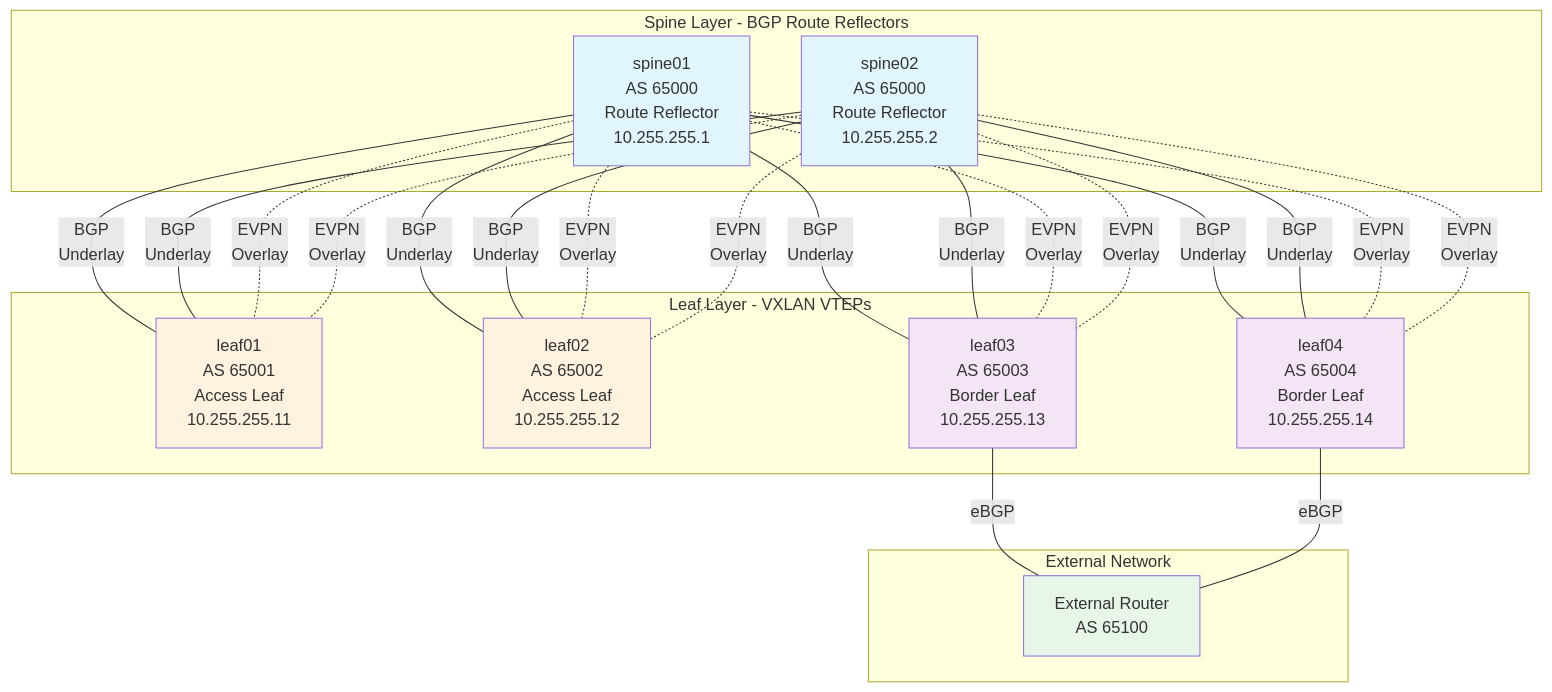
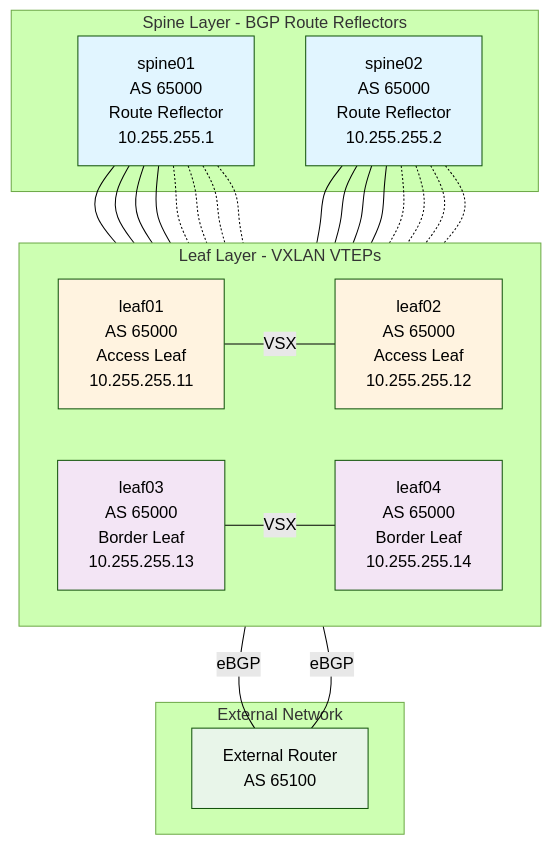
One commit to aopdal/ansible-role-aruba-cx-switch changed the diagram in examples/bgp-evpn-fabric/README.md. Above: the diagram before and after it, drawn with Mermaid. The commit also changed other lines of this file and 16 other files, not shown here.

````diff
--- a/examples/bgp-evpn-fabric/README.md
+++ b/examples/bgp-evpn-fabric/README.md
@@ -16,52 +17,56 @@
 ```mermaid
+%%{init:{'theme':'forest'}}%%
 graph TB
-    subgraph "Spine Layer - BGP Route Reflectors"
+    subgraph spines ["Spine Layer - BGP Route Reflectors"]
         spine01["spine01<br/>AS 65000<br/>Route Reflector<br/>10.255.255.1"]
         spine02["spine02<br/>AS 65000<br/>Route Reflector<br/>10.255.255.2"]
     end
 
-    subgraph "Leaf Layer - VXLAN VTEPs"
-        leaf01["leaf01<br/>AS 65001<br/>Access Leaf<br/>10.255.255.11"]
-        leaf02["leaf02<br/>AS 65002<br/>Access Leaf<br/>10.255.255.12"]
-        leaf03["leaf03<br/>AS 65003<br/>Border Leaf<br/>10.255.255.13"]
-        leaf04["leaf04<br/>AS 65004<br/>Border Leaf<br/>10.255.255.14"]
+    subgraph leaflayer ["Leaf Layer - VXLAN VTEPs"]
+        direction LR
+        leaf01["leaf01<br/>AS 65000<br/>Access Leaf<br/>10.255.255.11"]
+        leaf02["leaf02<br/>AS 65000<br/>Access Leaf<br/>10.255.255.12"]
+        leaf03["leaf03<br/>AS 65000<br/>Border Leaf<br/>10.255.255.13"]
+        leaf04["leaf04<br/>AS 65000<br/>Border Leaf<br/>10.255.255.14"]
+        leaf01 ---|"VSX"| leaf02
+        leaf03 ---|"VSX"| leaf04
     end
 
-    subgraph "External Network"
+    subgraph external_net ["External Network"]
         external["External Router<br/>AS 65100"]
     end
 
-    %% Spine to Leaf Connections (Underlay + EVPN Overlay)
-    spine01 ---|"BGP<br/>Underlay"| leaf01
-    spine01 ---|"BGP<br/>Underlay"| leaf02
-    spine01 ---|"BGP<br/>Underlay"| leaf03
-    spine01 ---|"BGP<br/>Underlay"| leaf04
+    %% Spine to Leaf Connections (Underlay — solid lines)
+    spine01 --- leaf01
+    spine01 --- leaf02
+    spine01 --- leaf03
+    spine01 --- leaf04
 
-    spine02 ---|"BGP<br/>Underlay"| leaf01
-    spine02 ---|"BGP<br/>Underlay"| leaf02
-    spine02 ---|"BGP<br/>Underlay"| leaf03
-    spine02 ---|"BGP<br/>Underlay"| leaf04
+    spine02 --- leaf01
+    spine02 --- leaf02
+    spine02 --- leaf03
+    spine02 --- leaf04
 
-    %% EVPN Overlay (shown as dashed)
-    spine01 -.-|"EVPN<br/>Overlay"| leaf01
-    spine01 -.-|"EVPN<br/>Overlay"| leaf02
-    spine01 -.-|"EVPN<br/>Overlay"| leaf03
-    spine01 -.-|"EVPN<br/>Overlay"| leaf04
+    %% EVPN Overlay (dashed lines)
+    spine01 -.- leaf01
+    spine01 -.- leaf02
+    spine01 -.- leaf03
+    spine01 -.- leaf04
 
-    spine02 -.-|"EVPN<br/>Overlay"| leaf01
-    spine02 -.-|"EVPN<br/>Overlay"| leaf02
-    spine02 -.-|"EVPN<br/>Overlay"| leaf03
-    spine02 -.-|"EVPN<br/>Overlay"| leaf04
+    spine02 -.- leaf01
+    spine02 -.- leaf02
+    spine02 -.- leaf03
+    spine02 -.- leaf04
 
     %% External Connectivity
     leaf03 ---|"eBGP"| external
     leaf04 ---|"eBGP"| external
 
     style spine01 fill:#e1f5ff
     style spine02 fill:#e1f5ff
     style leaf01 fill:#fff3e0
     style leaf02 fill:#fff3e0
     style leaf03 fill:#f3e5f5
     style leaf04 fill:#f3e5f5
     style external fill:#e8f5e9
 ```
````
